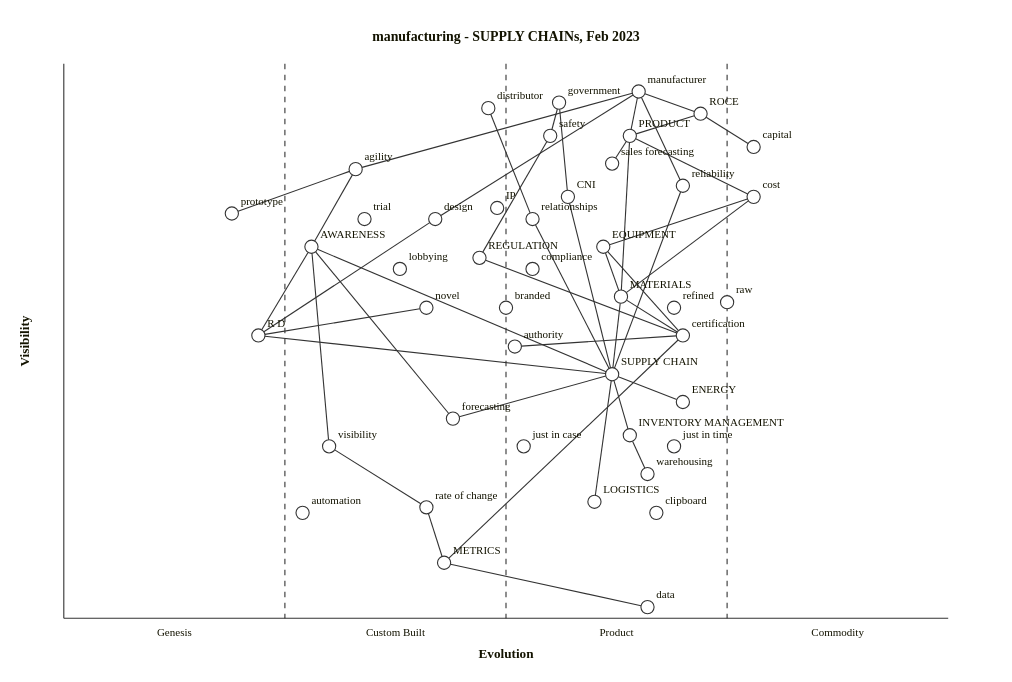
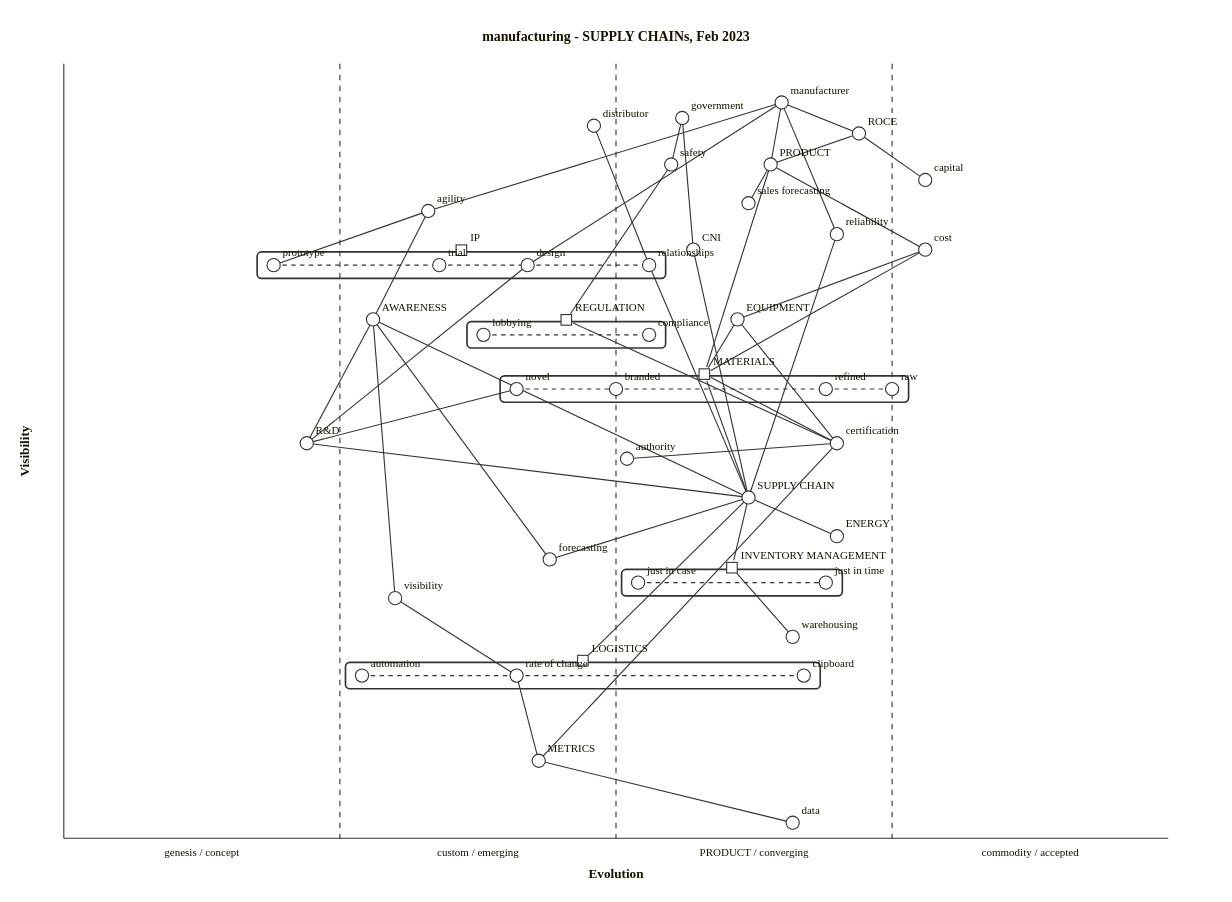
One commit to tractorjuice/wardleymap_math_model changed the diagram in docs/examples/wardley-maps/manufacturing.md. Above: the diagram before and after it, drawn with Mermaid. The commit also changed other lines of this file and 5 other files, not shown here.

````diff
--- a/docs/examples/wardley-maps/manufacturing.md
+++ b/docs/examples/wardley-maps/manufacturing.md
@@ -7,91 +7,125 @@
 ```mermaid
 wardley-beta
 title manufacturing - SUPPLY CHAINs, Feb 2023
-component PRODUCT [0.87, 0.64]
-component sales forecasting [0.82, 0.62]
-component R D [0.51, 0.22]
-component prototype [0.73, 0.19]
-component trial [0.72, 0.34]
-component EQUIPMENT [0.67, 0.61]
-component government [0.93, 0.56]
-component manufacturer [0.95, 0.65]
-component REGULATION [0.65, 0.47]
-component lobbying [0.63, 0.38]
-component compliance [0.63, 0.53]
-component safety [0.87, 0.55]
-component distributor [0.92, 0.48]
-component IP [0.74, 0.49]
-component MATERIALS [0.58, 0.63]
-component raw [0.57, 0.75]
-component branded [0.56, 0.50]
-component refined [0.56, 0.69]
-component novel [0.56, 0.41]
-component design [0.72, 0.42]
-component relationships [0.72, 0.53]
-component SUPPLY CHAIN [0.44, 0.62]
-component agility [0.81, 0.33]
-component METRICS [0.10, 0.43]
-component visibility [0.31, 0.30]
-component AWARENESS [0.67, 0.28]
-component certification [0.51, 0.70]
-component automation [0.19, 0.27]
-component clipboard [0.19, 0.67]
-component reliability [0.78, 0.70]
-component INVENTORY MANAGEMENT [0.33, 0.64]
-component just in time [0.31, 0.69]
-component just in case [0.31, 0.52]
-component warehousing [0.26, 0.66]
-component cost [0.76, 0.78]
-component forecasting [0.36, 0.44]
-component LOGISTICS [0.21, 0.60]
-component rate of change [0.20, 0.41]
-component data [0.02, 0.66]
-component ROCE [0.91, 0.72]
-component ENERGY [0.39, 0.70]
-component CNI [0.76, 0.57]
-component capital [0.85, 0.78]
-component authority [0.49, 0.51]
-agility -> prototype
-visibility -> AWARENESS
-AWARENESS -> SUPPLY CHAIN
-R D -> SUPPLY CHAIN
-visibility -> rate of change
-rate of change -> METRICS
-manufacturer -> agility
-manufacturer -> reliability
-distributor -> relationships
-government -> safety
-safety -> REGULATION
-reliability -> SUPPLY CHAIN
-SUPPLY CHAIN -> INVENTORY MANAGEMENT
-SUPPLY CHAIN -> LOGISTICS
-REGULATION -> certification
-warehousing -> INVENTORY MANAGEMENT
-forecasting -> AWARENESS
-certification -> METRICS
-MATERIALS -> SUPPLY CHAIN
-agility -> AWARENESS
-AWARENESS -> R D
-data -> METRICS
-manufacturer -> ROCE
-relationships -> SUPPLY CHAIN
-manufacturer -> design
-government -> CNI
-CNI -> SUPPLY CHAIN
-capital -> ROCE
-cost -> MATERIALS
-design -> R D
-SUPPLY CHAIN -> forecasting
-PRODUCT -> manufacturer
-PRODUCT -> cost
-PRODUCT -> sales forecasting
-PRODUCT -> MATERIALS
-ROCE -> PRODUCT
-certification -> MATERIALS
-authority -> certification
-SUPPLY CHAIN -> ENERGY
-novel -> R D
-cost -> EQUIPMENT
-EQUIPMENT -> MATERIALS
-EQUIPMENT -> certification
+size [1100, 800]
+
+evolution genesis / concept -> custom / emerging -> PRODUCT/ converging -> commodity / accepted
+
+component "PRODUCT" [0.87, 0.64]
+
+component "sales forecasting" [0.82, 0.62]
+
+component "R&D" [0.51, 0.22]
+"agility" -> "prototype"
+
+component "EQUIPMENT" [0.67, 0.61]
+
+component "government" [0.93, 0.56]
+component "manufacturer" [0.95, 0.65]
+component "REGULATION" [0.65, 0.47]
+pipeline "REGULATION" {
+  component "lobbying" [0.38]
+  component "compliance" [0.53]
+}
+component "safety" [0.87, 0.55]
+component "distributor" [0.92, 0.48]
+component "IP" [0.74, 0.49]
+pipeline "IP" {
+  component "prototype" [0.19]
+  component "trial" [0.34]
+  component "design" [0.42]
+  component "relationships" [0.53]
+}
+component "MATERIALS" [0.58, 0.63]
+pipeline "MATERIALS" {
+  component "novel" [0.41]
+  component "branded" [0.5]
+  component "refined" [0.69]
+  component "raw" [0.75]
+}
+
+component "SUPPLY CHAIN" [0.44, 0.62]
+
+component "agility" [0.81, 0.33]
+component "METRICS" [0.10, 0.43]
+
+component "visibility" [0.31, 0.30]
+
+component "AWARENESS" [0.67, 0.28]
+"visibility" -> "AWARENESS"
+"AWARENESS" -> "SUPPLY CHAIN"
+"R&D" -> "SUPPLY CHAIN"
+component "certification" [0.51, 0.70]
+
+component "reliability" [0.78, 0.70]
+component "INVENTORY MANAGEMENT" [0.33, 0.64]
+pipeline "INVENTORY MANAGEMENT" {
+  component "just in case" [0.52]
+  component "just in time" [0.69]
+}
+
+component "warehousing" [0.26, 0.66]
+component "cost" [0.76, 0.78]
+component "forecasting" [0.36, 0.44]
+component "LOGISTICS" [0.21, 0.60]
+pipeline "LOGISTICS" {
+  component "automation" [0.27]
+  component "rate of change" [0.41]
+  component "clipboard" [0.67]
+}
+
+"visibility" -> "rate of change"
+"rate of change" -> "METRICS"
+component "data" [0.02, 0.66]
+component "ROCE" [0.91, 0.72]
+
+component "ENERGY" [0.39, 0.70]
+
+component "CNI" [0.76, 0.57]
+
+component "capital" [0.85, 0.78]
+
+component "authority" [0.49, 0.51]
+
+"manufacturer" -> "agility"
+"manufacturer" -> "reliability"
+"distributor" -> "relationships"
+"government" -> "safety"
+"safety" -> "REGULATION"
+"reliability" -> "SUPPLY CHAIN"
+"SUPPLY CHAIN" -> "INVENTORY MANAGEMENT"
+"SUPPLY CHAIN" -> "LOGISTICS"
+"REGULATION" -> "certification"
+"AWARENESS" -> "reports"
+"warehousing" -> "INVENTORY MANAGEMENT"
+"forecasting" -> "AWARENESS"
+"certification" -> "METRICS"
+"MATERIALS" -> "SUPPLY CHAIN"
+"bad actor" -> "METRICS"
+"agility" -> "AWARENESS"
+"AWARENESS" -> "R&D"
+
+"data" -> "METRICS"
+"manufacturer" -> "ROCE"
+"relationships" -> "SUPPLY CHAIN"
+"manufacturer" -> "design"
+"government" -> "CNI"
+"CNI" -> "SUPPLY CHAIN"
+"capital" -> "ROCE"
+"cost" -> "MATERIALS"
+"design" -> "R&D"
+"SUPPLY CHAIN" -> "forecasting"
+"PRODUCT" -> "manufacturer"
+"PRODUCT" -> "cost"
+"PRODUCT" -> "sales forecasting"
+"PRODUCT" -> "MATERIALS"
+"ROCE" -> "PRODUCT"
+
+"certification" -> "MATERIALS"
+"authority" -> "certification"
+"SUPPLY CHAIN" -> "ENERGY"
+"novel" -> "R&D"
+"cost" -> "EQUIPMENT"
+"EQUIPMENT" -> "MATERIALS"
+"EQUIPMENT" -> "certification"
 ```
````
